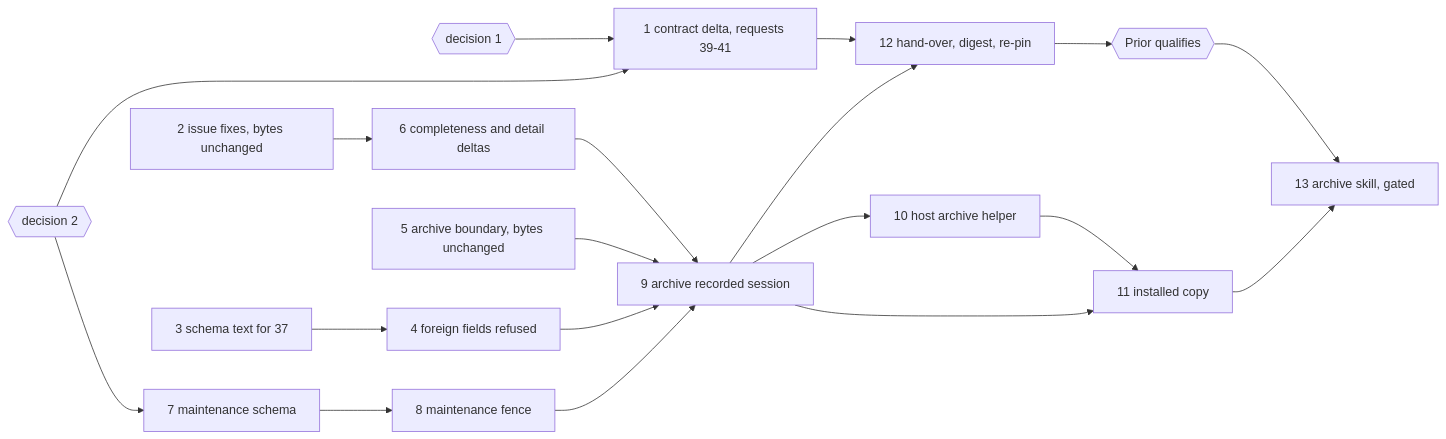
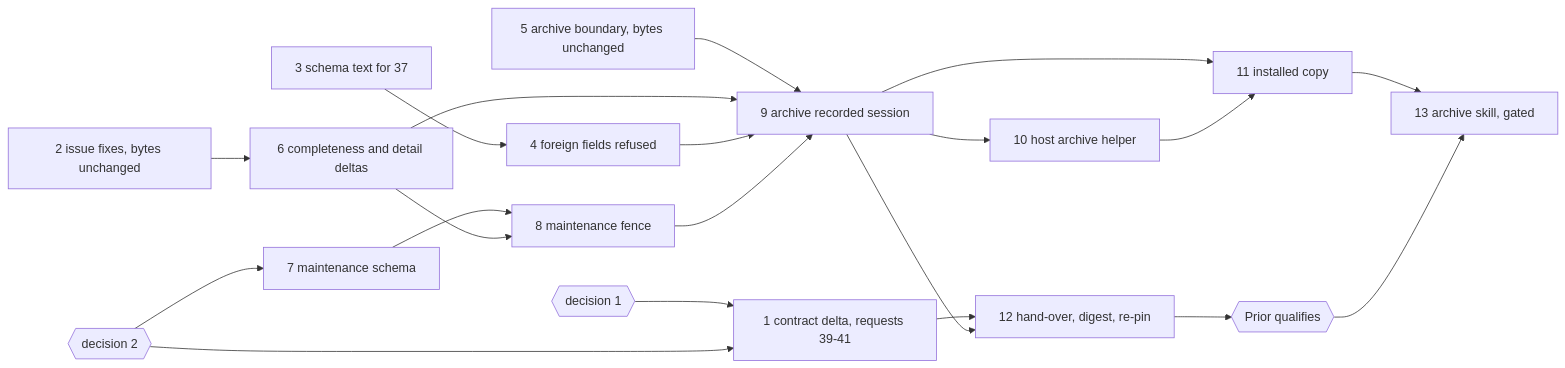
One commit to tenzoki/fusion changed the second of 2 diagrams in fusion-workbench/work-packages/260928-1338-json-control-data-and-markdown-artefacts/plans/261001-1030_p_plan-the-archive-revision-archive-leaves-json-control-and-json-archival-follows-its-qualification.md. Above: the diagram before and after it, drawn with Mermaid. The commit also changed other lines of this file and 10 other files, not shown here.

````diff
--- a/fusion-workbench/work-packages/260928-1338-json-control-data-and-markdown-artefacts/plans/261001-1030_p_plan-the-archive-revision-archive-leaves-json-control-and-json-archival-follows-its-qualification.md
+++ b/fusion-workbench/work-packages/260928-1338-json-control-data-and-markdown-artefacts/plans/261001-1030_p_plan-the-archive-revision-archive-leaves-json-control-and-json-archival-follows-its-qualification.md
@@ -69,21 +69,22 @@
 ```mermaid
 flowchart LR
   D1{{decision 1}} --> S1
   D2{{decision 2}} --> S1
   D2 --> S7
   S1[1 contract delta, requests 39-41] --> S12
   S2[2 issue fixes, bytes unchanged] --> S6
   S3[3 schema text for 37] --> S4[4 foreign fields refused]
   S5[5 archive boundary, bytes unchanged] --> S9
   S6[6 completeness and detail deltas] --> S9
   S7[7 maintenance schema] --> S8[8 maintenance fence]
+  S6 --> S8
   S4 --> S9[9 archive recorded session]
   S8 --> S9
   S9 --> S12[12 hand-over, digest, re-pin]
   S12 --> Q{{Prior qualifies}}
   S9 --> S10[10 host archive helper]
   S9 --> S11
   S10 --> S11[11 installed copy]
   S11 --> S13
   Q --> S13[13 archive skill, gated]
 ```
````
